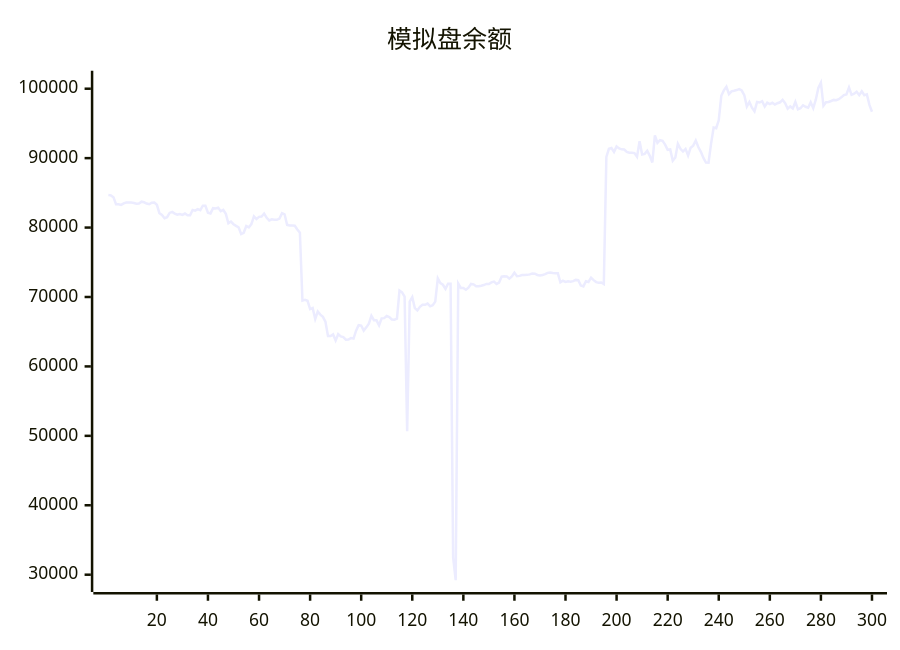
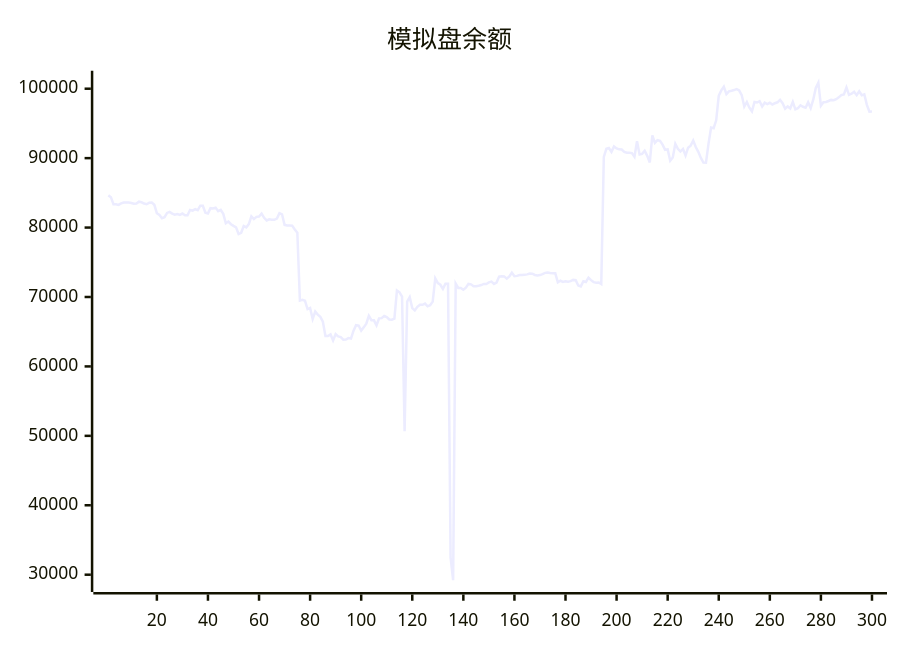
One commit to aahl/ai-trading changed the diagram in README.md. Above: the diagram before and after it, drawn with Mermaid. The commit also changed other lines of this file and 1 other file, not shown here.

````diff
--- a/README.md
+++ b/README.md
@@ -5,5 +5,5 @@
 ```mermaid
 xychart
     title "模拟盘余额"
-    line [84690,84635,84376,83360,83357,83259,83474,83608,83606,83602,83548,83440,83454,83724,83644,83464,83365,83590,83592,83275,82072,81806,81344,81492,82109,82254,82006,81848,81955,81829,82022,81769,81776,82522,82441,82656,82498,83144,83144,82150,82038,82797,82763,82872,82367,82536,81981,80612,80862,80484,80242,80034,79063,79245,80226,80016,80507,81625,81233,81544,81578,82016,81401,81019,81186,81130,81118,81306,82066,81909,80392,80304,80291,80258,79729,79261,69466,69579,69456,68251,68415,66832,67911,67462,67144,66432,64380,64375,64606,63740,64647,64324,64216,63842,63877,64078,64008,65156,65945,65888,65157,65625,66144,67284,66653,66639,65924,66925,66956,67263,67108,66766,66729,66886,70927,70673,70049,50652,69334,69973,68400,68061,68578,68876,68879,69055,68662,68822,69329,72687,71999,71760,71162,71911,71896,32500,29218,71927,71297,71305,71044,71337,71883,71822,71536,71536,71622,71723,71880,71860,72100,72216,71887,72077,72940,72976,72966,72638,72948,73497,73004,73041,73173,73160,73186,73258,73375,73351,73173,73098,73161,73305,73474,73536,73457,73413,73412,72100,72333,72164,72272,72204,72285,72461,72421,71652,71521,72267,72157,72774,72424,72144,72060,72091,71858,90185,91338,91466,90900,91678,91404,91268,91244,90903,90779,90787,90721,90187,92429,90518,90619,91070,90328,89376,93286,92202,92581,92485,91947,91196,91259,89619,90086,92063,91355,90950,91327,90373,91498,91800,92531,91603,90910,90031,89351,89334,92097,94406,94315,95455,98972,99763,100286,99229,99622,99701,99805,99938,99738,99082,97430,98094,97267,96741,98081,98013,98194,97447,97983,97789,97969,97729,97911,98043,98405,97912,97120,97448,97154,98095,97021,97190,97616,97402,97263,98035,97210,98424,100120,100876,97552,98049,98085,98228,98388,98342,98488,98750,99086,99181,100188,99107,99272,99553,99072,99636,99061,99186,97674,96679]
+    line [84635,84376,83360,83357,83259,83474,83608,83606,83602,83548,83440,83454,83724,83644,83464,83365,83590,83592,83275,82072,81806,81344,81492,82109,82254,82006,81848,81955,81829,82022,81769,81776,82522,82441,82656,82498,83144,83144,82150,82038,82797,82763,82872,82367,82536,81981,80612,80862,80484,80242,80034,79063,79245,80226,80016,80507,81625,81233,81544,81578,82016,81401,81019,81186,81130,81118,81306,82066,81909,80392,80304,80291,80258,79729,79261,69466,69579,69456,68251,68415,66832,67911,67462,67144,66432,64380,64375,64606,63740,64647,64324,64216,63842,63877,64078,64008,65156,65945,65888,65157,65625,66144,67284,66653,66639,65924,66925,66956,67263,67108,66766,66729,66886,70927,70673,70049,50652,69334,69973,68400,68061,68578,68876,68879,69055,68662,68822,69329,72687,71999,71760,71162,71911,71896,32500,29218,71927,71297,71305,71044,71337,71883,71822,71536,71536,71622,71723,71880,71860,72100,72216,71887,72077,72940,72976,72966,72638,72948,73497,73004,73041,73173,73160,73186,73258,73375,73351,73173,73098,73161,73305,73474,73536,73457,73413,73412,72100,72333,72164,72272,72204,72285,72461,72421,71652,71521,72267,72157,72774,72424,72144,72060,72091,71858,90185,91338,91466,90900,91678,91404,91268,91244,90903,90779,90787,90721,90187,92429,90518,90619,91070,90328,89376,93286,92202,92581,92485,91947,91196,91259,89619,90086,92063,91355,90950,91327,90373,91498,91800,92531,91603,90910,90031,89351,89334,92097,94406,94315,95455,98972,99763,100286,99229,99622,99701,99805,99938,99738,99082,97430,98094,97267,96741,98081,98013,98194,97447,97983,97789,97969,97729,97911,98043,98405,97912,97120,97448,97154,98095,97021,97190,97616,97402,97263,98035,97210,98424,100120,100876,97552,98049,98085,98228,98388,98342,98488,98750,99086,99181,100188,99107,99272,99553,99072,99636,99061,99186,97674,96679,96704]
 ```
````
